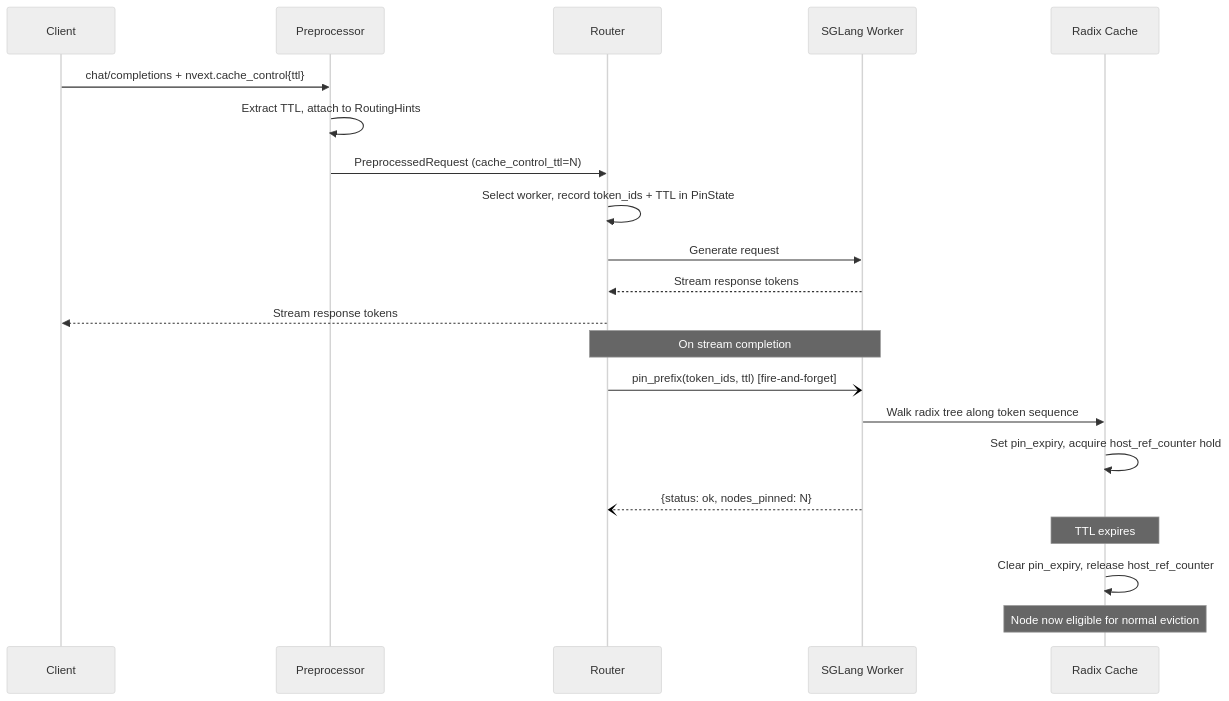
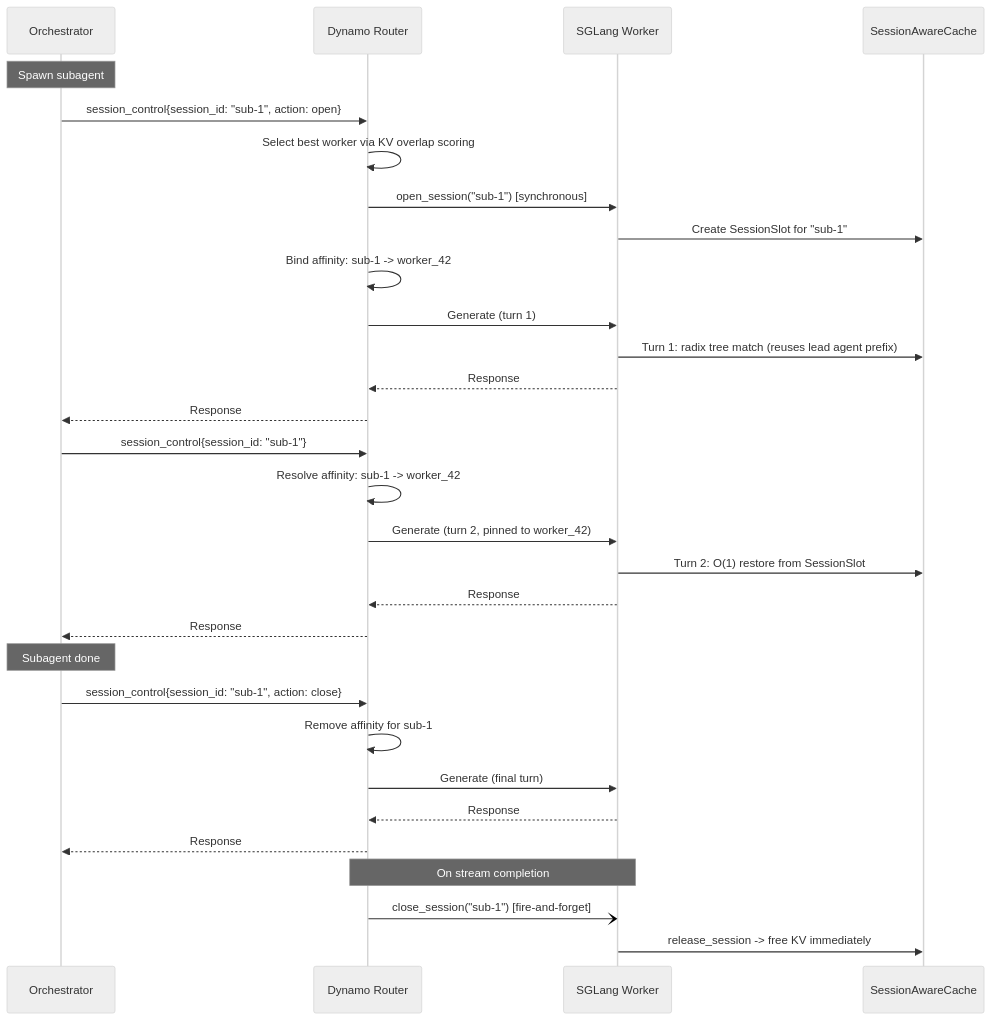
The diagram in fern/pages-dev/backends/sglang/agents.md (nycsv/dynamo), drawn with Mermaid (neutral theme) before and after one commit. The commit also changed other lines of this file and 95 other files, not shown here.

````diff
--- a/fern/pages-dev/backends/sglang/agents.md
+++ b/fern/pages-dev/backends/sglang/agents.md
@@ -124,28 +122,38 @@
 ```mermaid
 sequenceDiagram
-    participant Client
-    participant Preprocessor
-    participant Router
+    participant Orchestrator
+    participant Router as Dynamo Router
     participant Worker as SGLang Worker
-    participant Cache as Radix Cache
+    participant Cache as SessionAwareCache
 
-    Client->>Preprocessor: chat/completions + nvext.cache_control{ttl}
-    Preprocessor->>Preprocessor: Extract TTL, attach to RoutingHints
-    Preprocessor->>Router: PreprocessedRequest (cache_control_ttl=N)
-    Router->>Router: Select worker, record token_ids + TTL in PinState
-    Router->>Worker: Generate request
-    Worker-->>Router: Stream response tokens
-    Router-->>Client: Stream response tokens
+    Note over Orchestrator: Spawn subagent
+
+    Orchestrator->>Router: session_control{session_id: "sub-1", action: open}
+    Router->>Router: Select best worker via KV overlap scoring
+    Router->>Worker: open_session("sub-1") [synchronous]
+    Worker->>Cache: Create SessionSlot for "sub-1"
+    Router->>Router: Bind affinity: sub-1 -> worker_42
+    Router->>Worker: Generate (turn 1)
+    Worker->>Cache: Turn 1: radix tree match (reuses lead agent prefix)
+    Worker-->>Router: Response
+    Router-->>Orchestrator: Response
+
+    Orchestrator->>Router: session_control{session_id: "sub-1"}
+    Router->>Router: Resolve affinity: sub-1 -> worker_42
+    Router->>Worker: Generate (turn 2, pinned to worker_42)
+    Worker->>Cache: Turn 2: O(1) restore from SessionSlot
+    Worker-->>Router: Response
+    Router-->>Orchestrator: Response
+
+    Note over Orchestrator: Subagent done
+
+    Orchestrator->>Router: session_control{session_id: "sub-1", action: close}
+    Router->>Router: Remove affinity for sub-1
+    Router->>Worker: Generate (final turn)
+    Worker-->>Router: Response
+    Router-->>Orchestrator: Response
 
     Note over Router,Worker: On stream completion
-
-    Router-)Worker: pin_prefix(token_ids, ttl) [fire-and-forget]
-    Worker->>Cache: Walk radix tree along token sequence
-    Cache->>Cache: Set pin_expiry, acquire host_ref_counter hold
-    Worker--)Router: {status: ok, nodes_pinned: N}
-
-    Note over Cache: TTL expires
-
-    Cache->>Cache: Clear pin_expiry, release host_ref_counter
-    Note over Cache: Node now eligible for normal eviction
+    Router-)Worker: close_session("sub-1") [fire-and-forget]
+    Worker->>Cache: release_session -> free KV immediately
 ```
````
